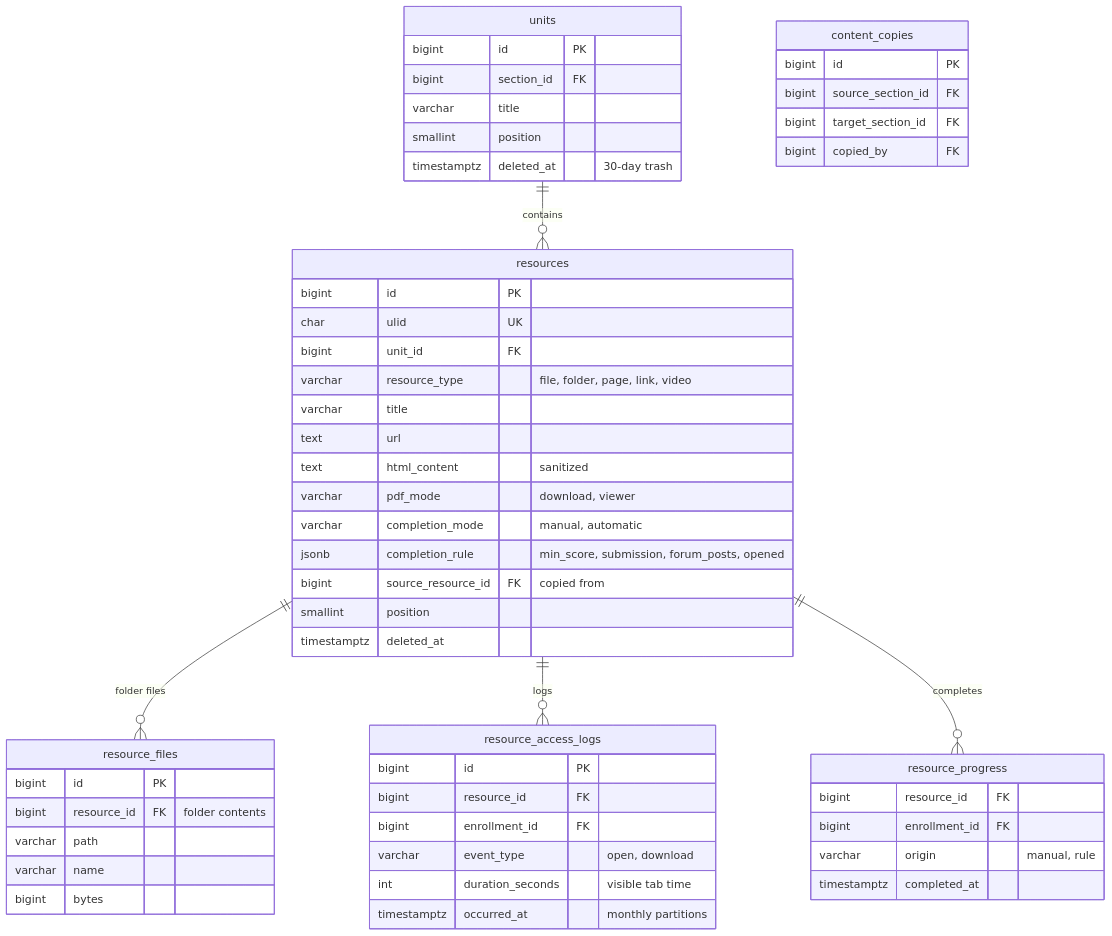
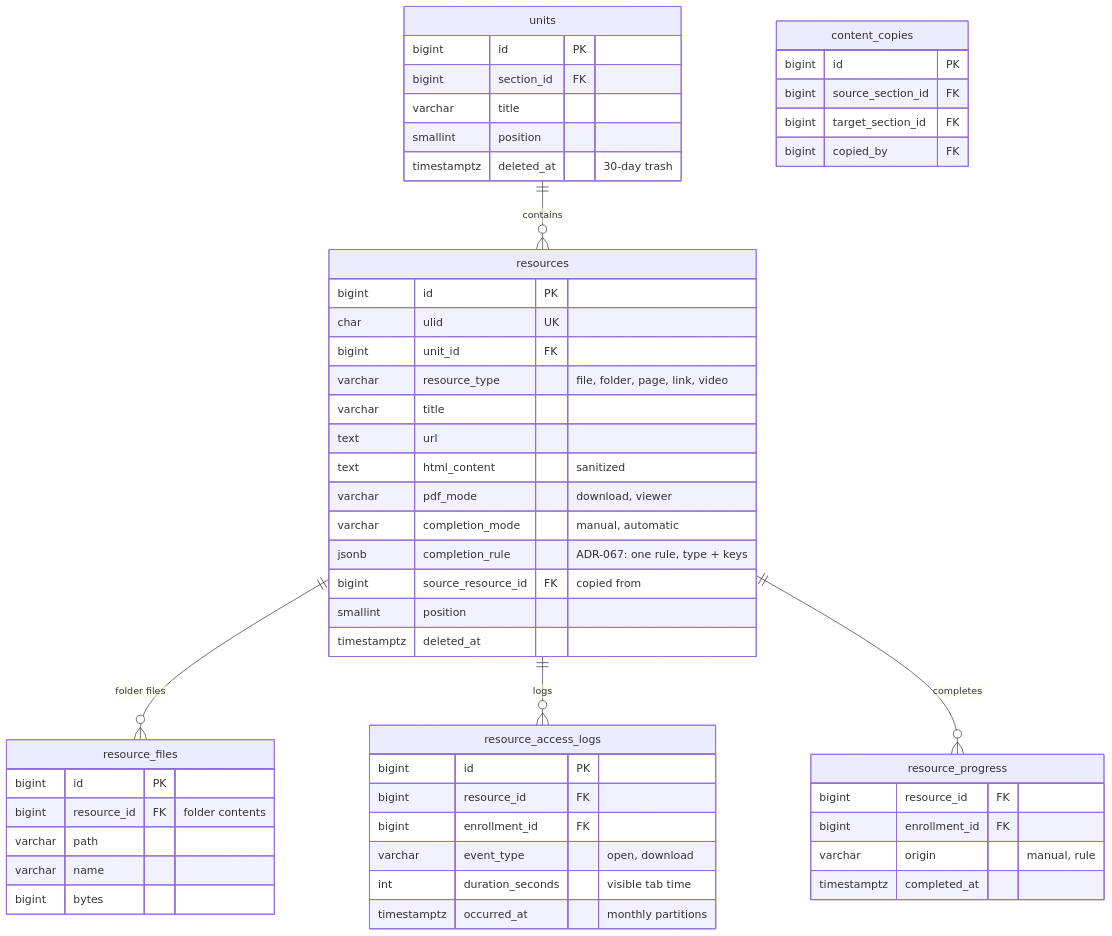
The fourth of 9 diagrams in docs/07 Datos/Modelo entidad-relación.md (evervc-dev/lms-ues-fmo), drawn with Mermaid before and after one commit. The commit also changed other lines of this file and 905 other files, not shown here.

````diff
--- a/docs/07 Datos/Modelo entidad-relación.md
+++ b/docs/07 Datos/Modelo entidad-relación.md
@@ -384,56 +386,56 @@
 ```mermaid
 erDiagram
   units {
     bigint id PK
     bigint section_id FK
     varchar title
     smallint position
     timestamptz deleted_at "30-day trash"
   }
   resources {
     bigint id PK
     char ulid UK
     bigint unit_id FK
     varchar resource_type "file, folder, page, link, video"
     varchar title
     text url
     text html_content "sanitized"
     varchar pdf_mode "download, viewer"
     varchar completion_mode "manual, automatic"
-    jsonb completion_rule "min_score, submission, forum_posts, opened"
+    jsonb completion_rule "ADR-067: one rule, type + keys"
     bigint source_resource_id FK "copied from"
     smallint position
     timestamptz deleted_at
   }
   resource_files {
     bigint id PK
     bigint resource_id FK "folder contents"
     varchar path
     varchar name
     bigint bytes
   }
   resource_access_logs {
     bigint id PK
     bigint resource_id FK
     bigint enrollment_id FK
     varchar event_type "open, download"
     int duration_seconds "visible tab time"
     timestamptz occurred_at "monthly partitions"
   }
   resource_progress {
     bigint resource_id FK
     bigint enrollment_id FK
     varchar origin "manual, rule"
     timestamptz completed_at
   }
   content_copies {
     bigint id PK
     bigint source_section_id FK
     bigint target_section_id FK
     bigint copied_by FK
   }
   units ||--o{ resources : contains
   resources ||--o{ resource_files : "folder files"
   resources ||--o{ resource_access_logs : logs
   resources ||--o{ resource_progress : completes
 ```
````
